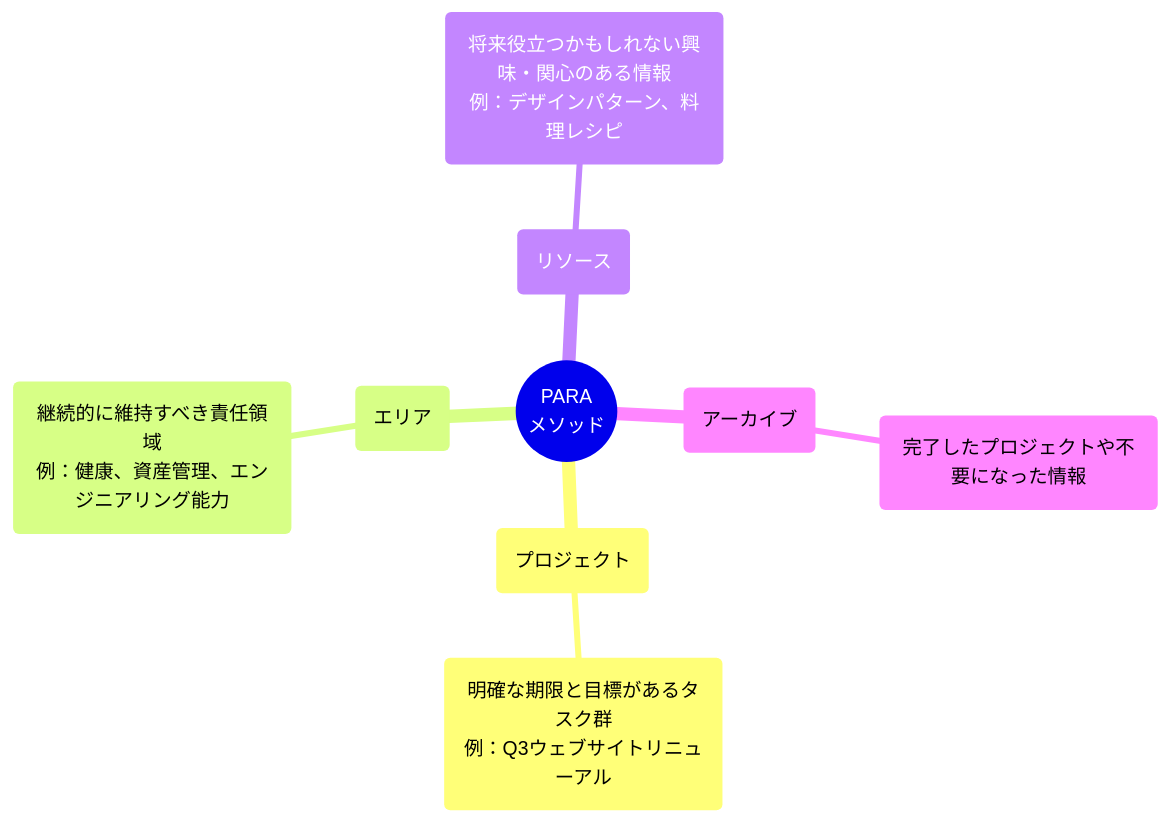
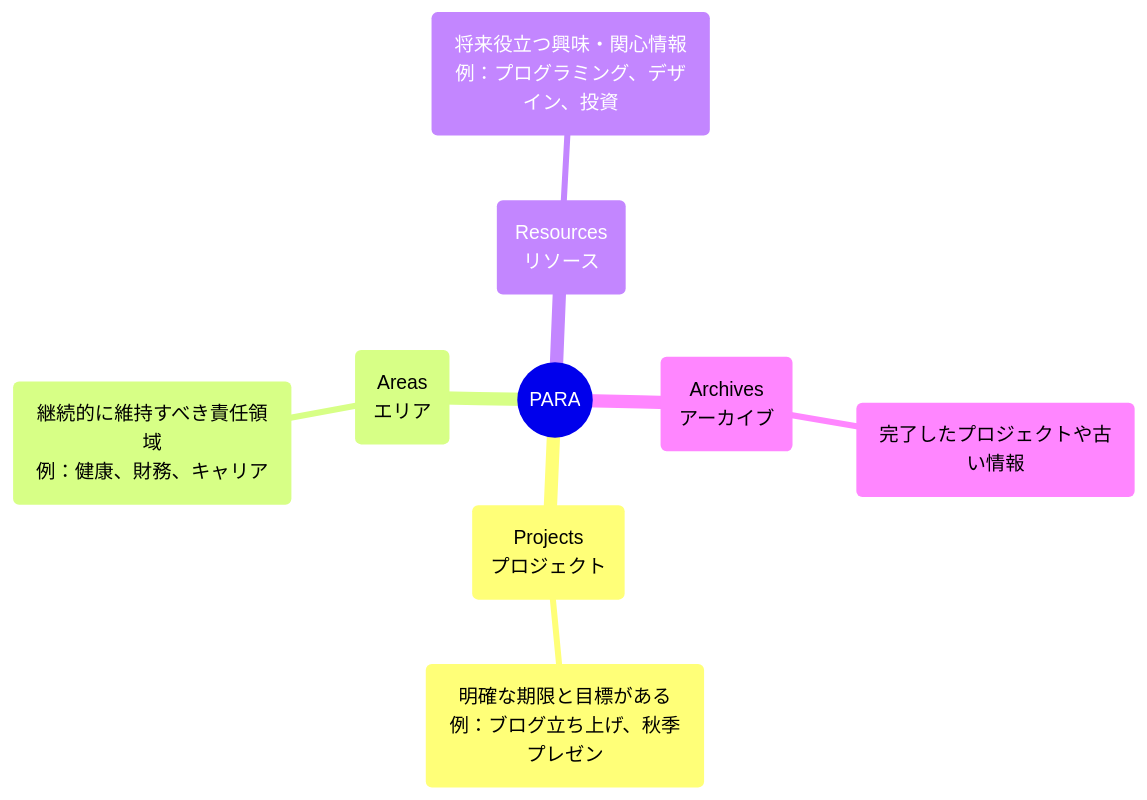
The second of 3 diagrams in knowledge/obsidian_knowledge_base.md (freeplanets001/obsidian-agent-prototype), drawn with Mermaid before and after one commit. The commit also changed other lines of this file and 4 other files, not shown here.

````diff
--- a/knowledge/obsidian_knowledge_base.md
+++ b/knowledge/obsidian_knowledge_base.md
@@ -54,16 +85,16 @@
 ```mermaid
 mindmap
-  root((PARA<br>メソッド))
-    Projects(プロジェクト)
+  root((PARA))
+    Projects(Projects<br>プロジェクト)
       ::icon(fa fa-rocket)
-      (明確な期限と目標があるタスク群<br>例：Q3ウェブサイトリニューアル)
-    Areas(エリア)
+      (明確な期限と目標がある<br>例：ブログ立ち上げ、秋季プレゼン)
+    Areas(Areas<br>エリア)
       ::icon(fa fa-star)
-      (継続的に維持すべき責任領域<br>例：健康、資産管理、エンジニアリング能力)
-    Resources(リソース)
+      (継続的に維持すべき責任領域<br>例：健康、財務、キャリア)
+    Resources(Resources<br>リソース)
       ::icon(fa fa-book)
-      (将来役立つかもしれない興味・関心のある情報<br>例：デザインパターン、料理レシピ)
-    Archives(アーカイブ)
+      (将来役立つ興味・関心情報<br>例：プログラミング、デザイン、投資)
+    Archives(Archives<br>アーカイブ)
       ::icon(fa fa-archive)
-      (完了したプロジェクトや不要になった情報)
+      (完了したプロジェクトや古い情報)
 ```
````
